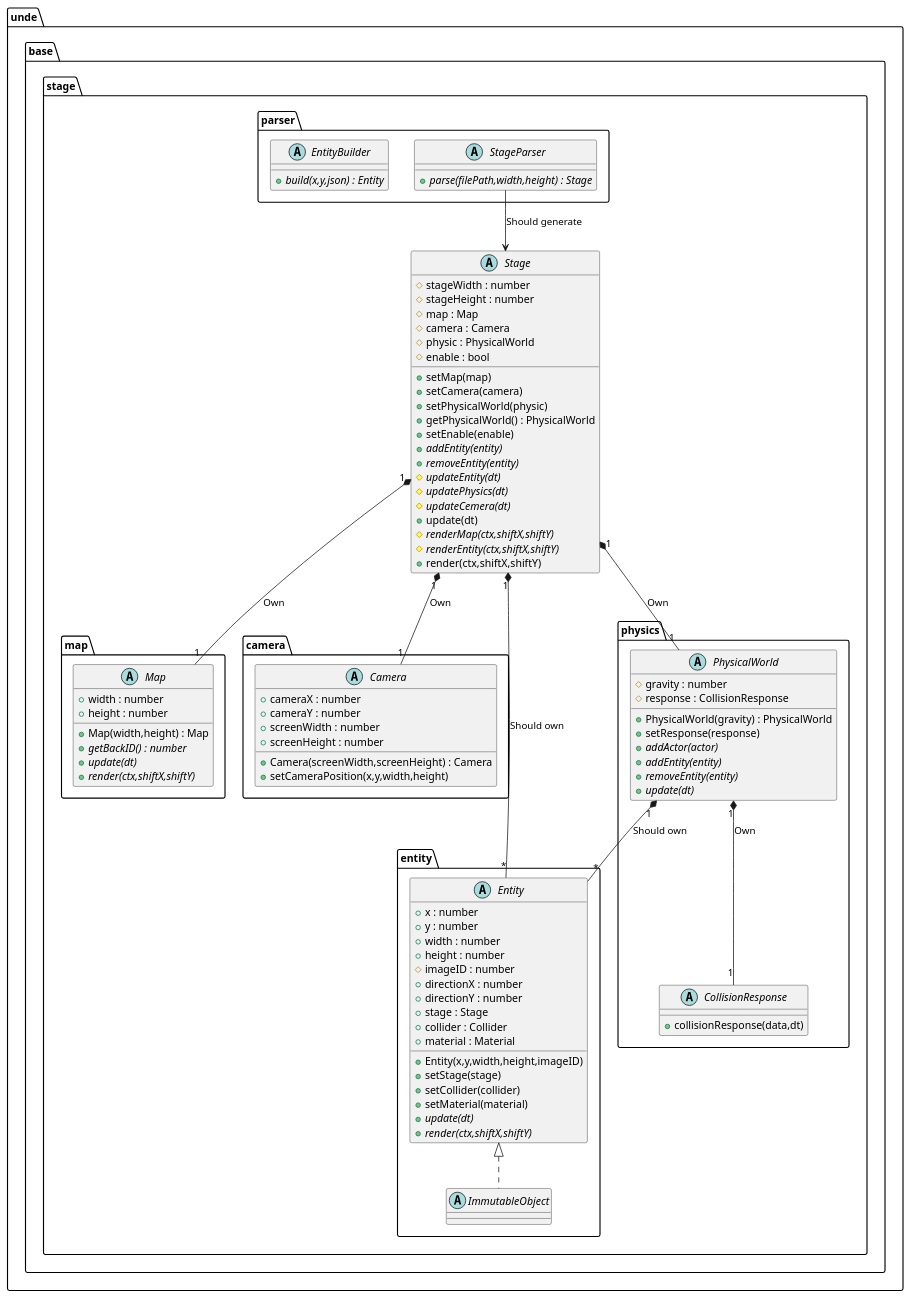
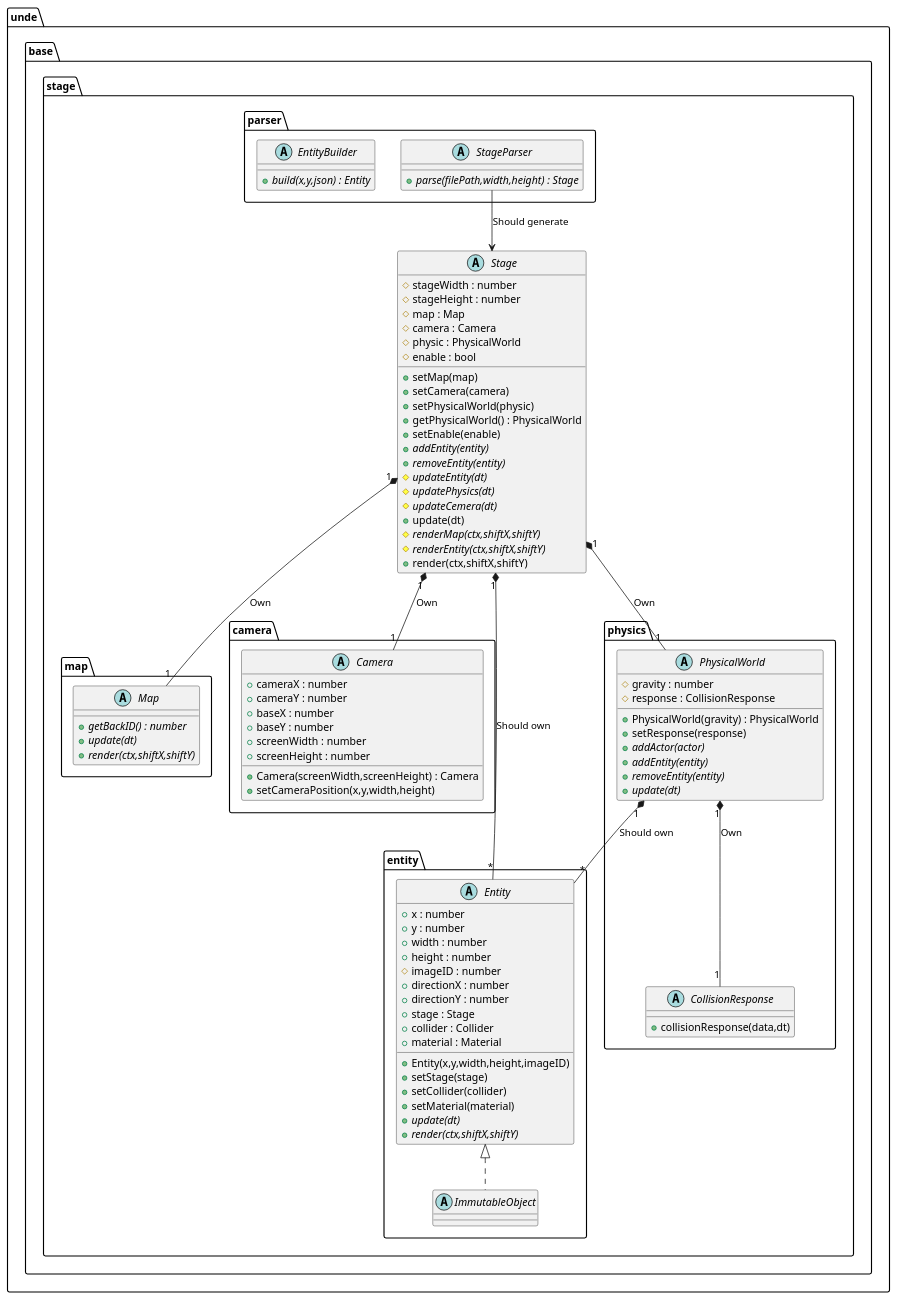
The diagram in uml/stage/Base.wsd (Expine/Under), drawn with PlantUML before and after one commit. The commit also changed 26 other files, not shown here.

```diff
--- a/uml/stage/Base.wsd
+++ b/uml/stage/Base.wsd
@@ -1,106 +1,105 @@
 @startuml StageBase
 
 package unde {
     package base {
         package stage {
             abstract Stage {
                 #stageWidth : number
                 #stageHeight : number
                 #map : Map
                 #camera : Camera
                 #physic : PhysicalWorld
                 #enable : bool
                 +setMap(map)
                 +setCamera(camera)
                 +setPhysicalWorld(physic)
                 +getPhysicalWorld() : PhysicalWorld
                 +setEnable(enable)
                 {abstract} +addEntity(entity)
                 {abstract} +removeEntity(entity)
                 {abstract} #updateEntity(dt)
                 {abstract} #updatePhysics(dt)
                 {abstract} #updateCemera(dt)
                 +update(dt)
                 {abstract} #renderMap(ctx,shiftX,shiftY)
                 {abstract} #renderEntity(ctx,shiftX,shiftY)
                 +render(ctx,shiftX,shiftY)
             }
             package parser {
                 abstract StageParser {
                     {abstract} +parse(filePath,width,height) : Stage
                 }
                 abstract EntityBuilder {
                     {abstract} +build(x,y,json) : Entity
                 }
             }
             package map {
                 abstract Map {
-                    +Map(width,height) : Map
-                    +width : number
-                    +height : number
                     {abstract} +getBackID() : number
                     {abstract} +update(dt)
                     {abstract} +render(ctx,shiftX,shiftY)
                 }
             }
             package camera {
                 abstract Camera {
                     +Camera(screenWidth,screenHeight) : Camera
                     +cameraX : number
                     +cameraY : number
+                    +baseX : number
+                    +baseY : number
                     +screenWidth : number
                     +screenHeight : number
                     +setCameraPosition(x,y,width,height)
                 }
             }
             package entity {
                 abstract Entity {
                     +Entity(x,y,width,height,imageID)
                     +x : number
                     +y : number
                     +width : number
                     +height : number
                     #imageID : number
                     +directionX : number
                     +directionY : number
                     +stage : Stage
                     +collider : Collider
                     +material : Material
                     +setStage(stage)
                     +setCollider(collider)
                     +setMaterial(material)
                     {abstract} +update(dt)
                     {abstract} +render(ctx,shiftX,shiftY)
                 }
                 abstract ImmutableObject
             }
             package physics {
                 abstract PhysicalWorld {
                     +PhysicalWorld(gravity) : PhysicalWorld
                     #gravity : number
                     #response : CollisionResponse
                     +setResponse(response)
                     {abstract} +addActor(actor)
                     {abstract} +addEntity(entity)
                     {abstract} +removeEntity(entity)
                     {abstract} +update(dt)
                 }
                 abstract CollisionResponse {
                     +collisionResponse(data,dt)
                 }
             }
         }
     }
 }
 
 StageParser --> Stage : Should generate
 Stage "1" *-- "1" Map : Own
 Stage "1" *-- "1" Camera : Own
 Stage "1" *-- "1" PhysicalWorld : Own
 Stage "1" *-- "*" Entity : Should own
 PhysicalWorld "1"*--"*" Entity : Should own
 PhysicalWorld "1"*--"1" CollisionResponse : Own
 
 Entity <|.. ImmutableObject
 
 @enduml
```
